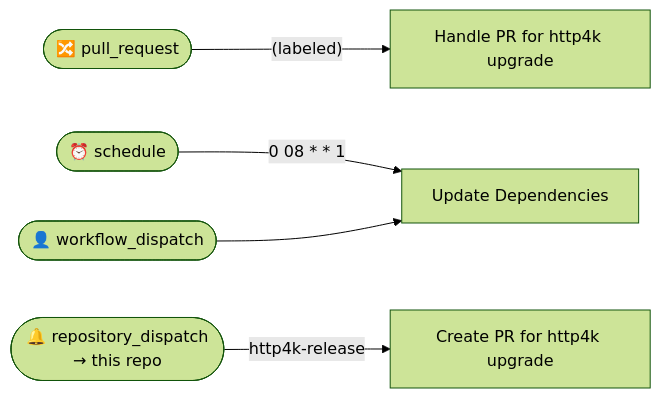
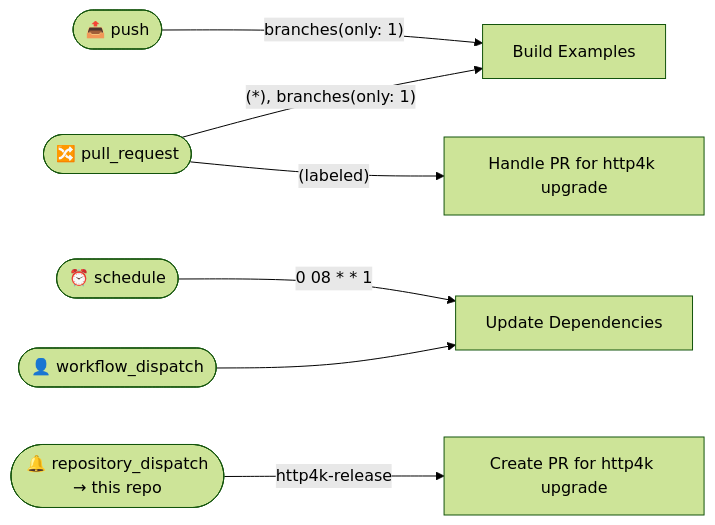
One commit to http4k/examples changed the diagram in .github/typeflows/README.md. Above: the diagram before and after it, drawn with Mermaid (forest theme). The commit also changed other lines of this file and 7 other files, not shown here.

````diff
--- a/.github/typeflows/README.md
+++ b/.github/typeflows/README.md
@@ -3,14 +3,18 @@
 ```mermaid
 flowchart LR
+    push(["📤 push"])
     pullrequest(["🔀 pull_request"])
     schedule(["⏰ schedule"])
     workflowdispatch(["👤 workflow_dispatch"])
+    buildyml["Build Examples"]
     createprforhttp4kupgradeyml["Create PR for http4k upgrade"]
     handleprforhttp4kupgradeyml["Handle PR for http4k upgrade"]
     updatedependenciesyml["Update Dependencies"]
     repositorydispatchgithubrepository(["🔔 repository_dispatch<br/>→ this repo"])
+    push -->|"branches(only: 1)"|buildyml
+    pullrequest -->|"(*), branches(only: 1)"|buildyml
     pullrequest -->|"(labeled)"|handleprforhttp4kupgradeyml
     schedule -->|"0 08 * * 1"|updatedependenciesyml
     workflowdispatch --> updatedependenciesyml
     repositorydispatchgithubrepository -->|"http4k-release"|createprforhttp4kupgradeyml
 ```
````
